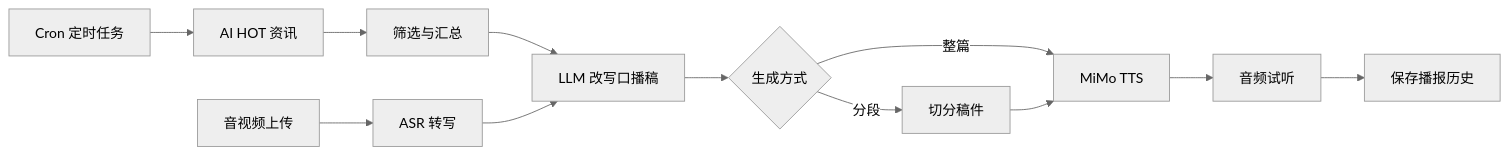
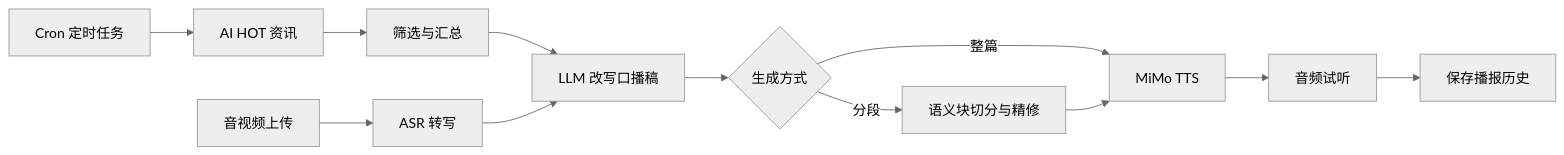
Before and after one commit to Fragtex254/tts-broadcast: the diagram in README.md, drawn with Mermaid (neutral theme). The commit also changed other lines of this file and 31 other files, not shown here.

````diff
--- a/README.md
+++ b/README.md
@@ -26,14 +26,14 @@
 ```mermaid
 flowchart LR
   A["AI HOT 资讯"] --> B["筛选与汇总"]
   B --> C["LLM 改写口播稿"]
   C --> D{"生成方式"}
   D -->|"整篇"| E["MiMo TTS"]
-  D -->|"分段"| F["切分稿件"]
+  D -->|"分段"| F["语义块切分与精修"]
   F --> E
   E --> G["音频试听"]
   G --> H["保存播报历史"]
   I["音视频上传"] --> J["ASR 转写"]
   J --> C
   K["Cron 定时任务"] --> A
 ```
````
